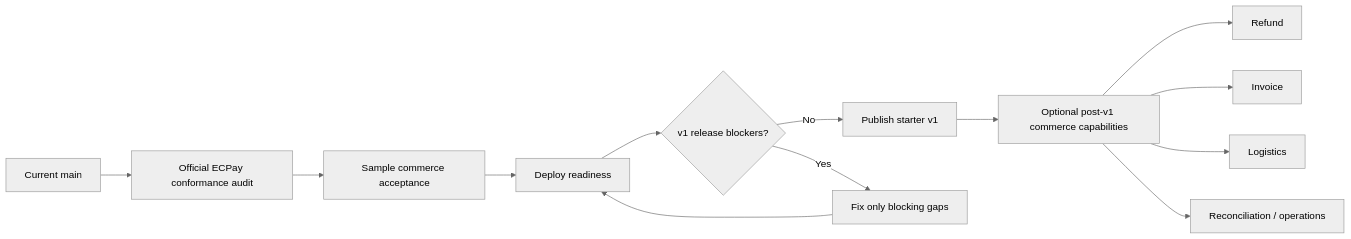
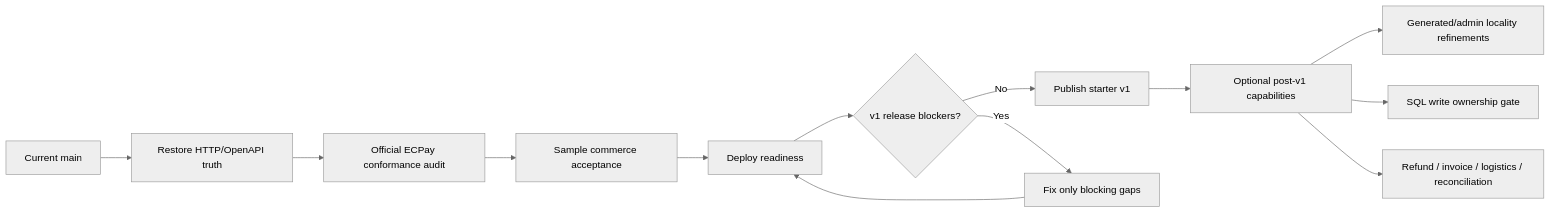
One commit to seeer-dev/agent-safe-site-starter changed the third of 3 diagrams in docs/project-status.md. Above: the diagram before and after it, drawn with Mermaid (neutral theme). The commit also changed other lines of this file and 23 other files, not shown here.

First line of the commit message:
docs: reconcile architecture review follow-up

````diff
--- a/docs/project-status.md
+++ b/docs/project-status.md
@@ -136,15 +179,15 @@
 ```mermaid
 flowchart LR
-    A[Current main] --> B[Official ECPay conformance audit]
-    B --> C[Sample commerce acceptance]
-    C --> D[Deploy readiness]
-    D --> E{v1 release blockers?}
-    E -->|No| F[Publish starter v1]
-    E -->|Yes| G[Fix only blocking gaps]
-    G --> D
-    F --> H[Optional post-v1 commerce capabilities]
-    H --> I[Refund]
-    H --> J[Invoice]
-    H --> K[Logistics]
-    H --> L[Reconciliation / operations]
+    A[Current main] --> B[Restore HTTP/OpenAPI truth]
+    B --> C[Official ECPay conformance audit]
+    C --> D[Sample commerce acceptance]
+    D --> E[Deploy readiness]
+    E --> F{v1 release blockers?}
+    F -->|No| G[Publish starter v1]
+    F -->|Yes| H[Fix only blocking gaps]
+    H --> E
+    G --> I[Optional post-v1 capabilities]
+    I --> J[Generated/admin locality refinements]
+    I --> K[SQL write ownership gate]
+    I --> L[Refund / invoice / logistics / reconciliation]
 ```
````
